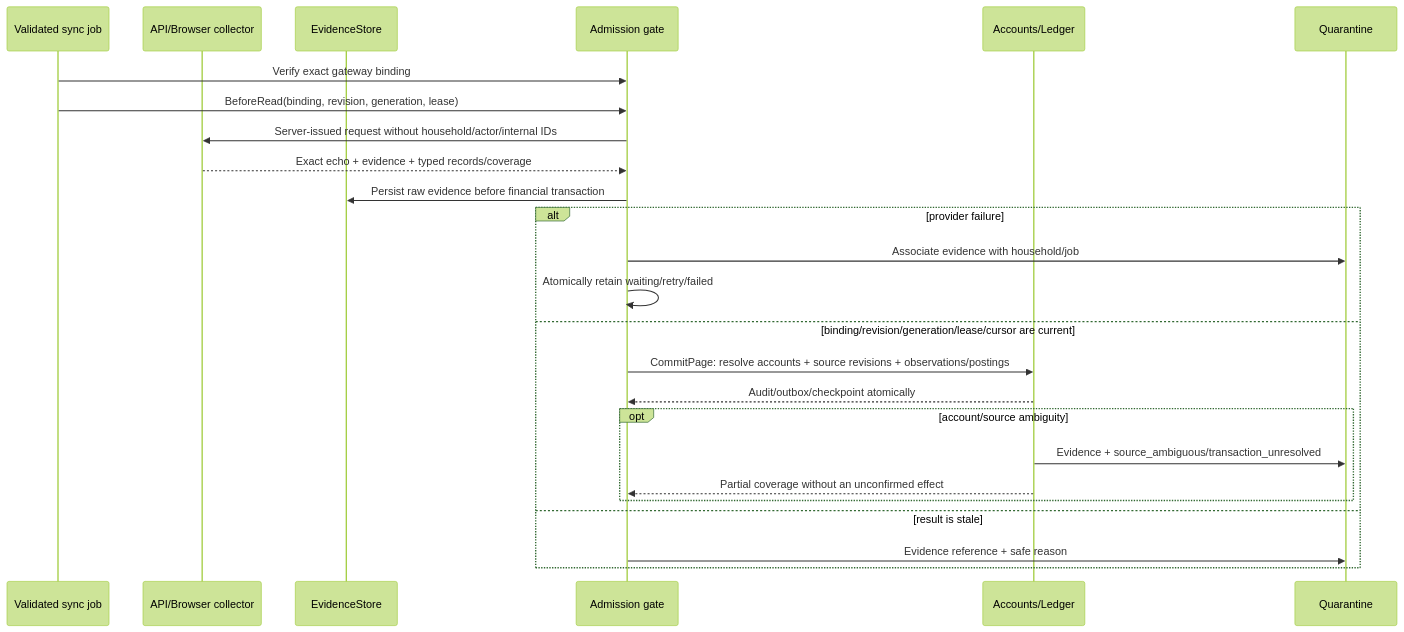
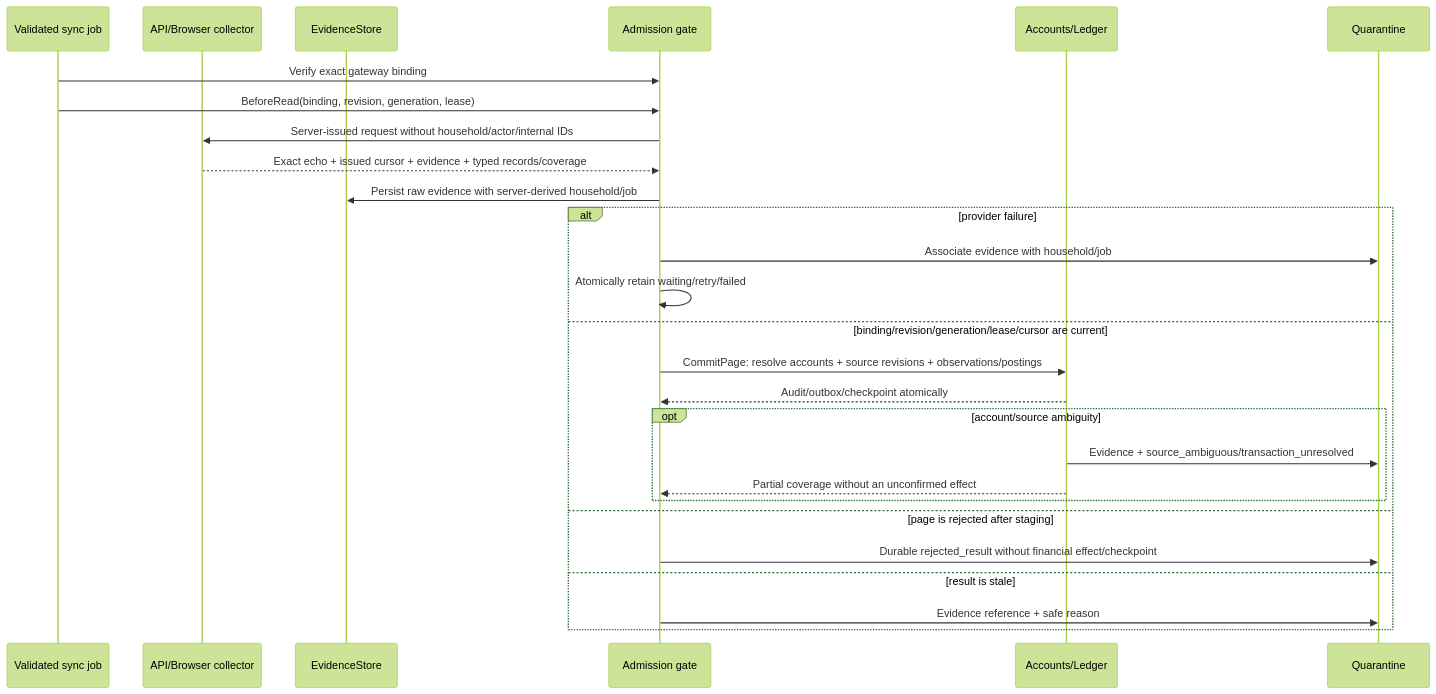
The seventh of 7 diagrams in spec/001-want-keep-mvp/flows.en.md (pchkauu/want-keep), drawn with Mermaid (forest theme) before and after one commit. The commit also changed other lines of this file and 30 other files, not shown here.

````diff
--- a/spec/001-want-keep-mvp/flows.en.md
+++ b/spec/001-want-keep-mvp/flows.en.md
@@ -133,27 +133,29 @@
 ```mermaid
 sequenceDiagram
   participant J as Validated sync job
   participant C as API/Browser collector
   participant E as EvidenceStore
   participant G as Admission gate
   participant A as Accounts/Ledger
   participant Q as Quarantine
   J->>G: Verify exact gateway binding
   J->>G: BeforeRead(binding, revision, generation, lease)
   G->>C: Server-issued request without household/actor/internal IDs
-  C-->>G: Exact echo + evidence + typed records/coverage
-  G->>E: Persist raw evidence before financial transaction
+  C-->>G: Exact echo + issued cursor + evidence + typed records/coverage
+  G->>E: Persist raw evidence with server-derived household/job
   alt provider failure
     G->>Q: Associate evidence with household/job
     G->>G: Atomically retain waiting/retry/failed
   else binding/revision/generation/lease/cursor are current
     G->>A: CommitPage: resolve accounts + source revisions + observations/postings
     A-->>G: Audit/outbox/checkpoint atomically
     opt account/source ambiguity
       A->>Q: Evidence + source_ambiguous/transaction_unresolved
       A-->>G: Partial coverage without an unconfirmed effect
     end
+  else page is rejected after staging
+    G->>Q: Durable rejected_result without financial effect/checkpoint
   else result is stale
     G->>Q: Evidence reference + safe reason
   end
 ```
````
